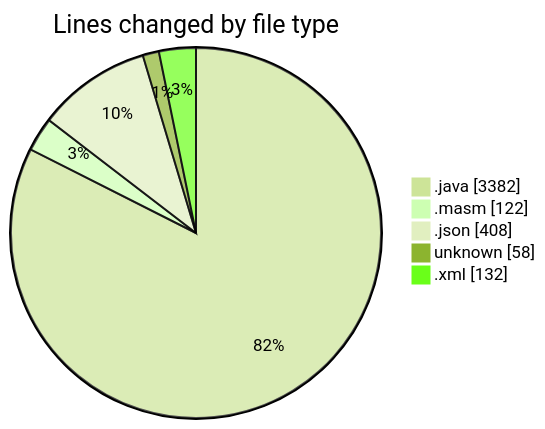
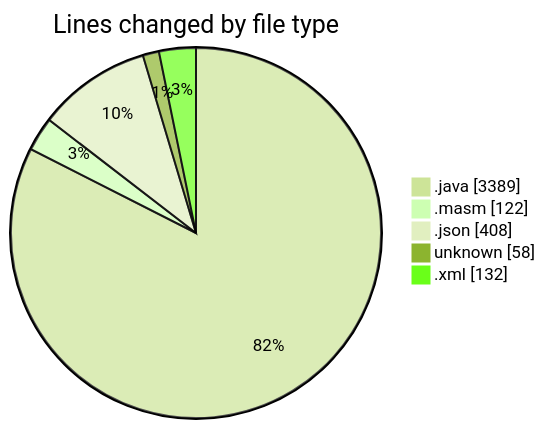
Before and after one commit to charlie-sans/code-tracking: the first of 2 diagrams in 2025-02-19/masm/README.md, drawn with Mermaid (forest theme). The commit also changed other lines of this file and 1 other file, not shown here.

````diff
--- a/2025-02-19/masm/README.md
+++ b/2025-02-19/masm/README.md
@@ -41,9 +41,9 @@
 ```mermaid
 pie showData
 title Lines changed by file type
-".java" : 3382
+".java" : 3389
 ".masm" : 122
 ".json" : 408
 "unknown" : 58
 ".xml" : 132
 ```
````
